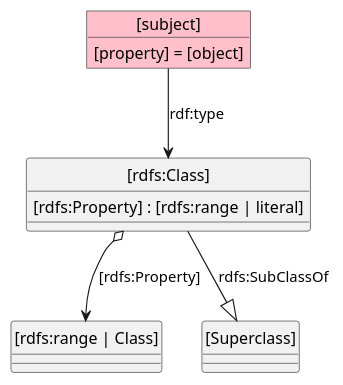
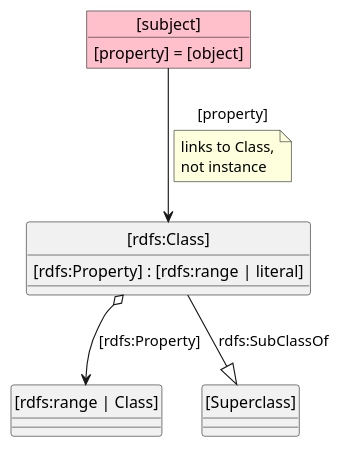
Before and after one commit to m-ld/m-ld-security-spec: the diagram in design/key.class.puml, drawn with PlantUML. The commit also changed 29 other files, not shown here.

```diff
--- a/design/key.class.puml
+++ b/design/key.class.puml
@@ -1,20 +1,23 @@
 @startuml
 'https://plantuml.com/class-diagram
-
 hide circle
 
 skinparam object {
   BackgroundColor Pink
 }
 
 class "[rdfs:Class]" as class {
 [rdfs:Property] : [rdfs:range | literal]
 }
 object "[subject]" as subject {
 [property] = [object]
 }
-subject --> class : rdf:type
+subject --> class : [property]
+note on link
+links to Class,
+not instance
+end note
 class o--> "[rdfs:range | Class]" : [rdfs:Property]
 class --|> "[Superclass]" : rdfs:SubClassOf
 
 @enduml
```
